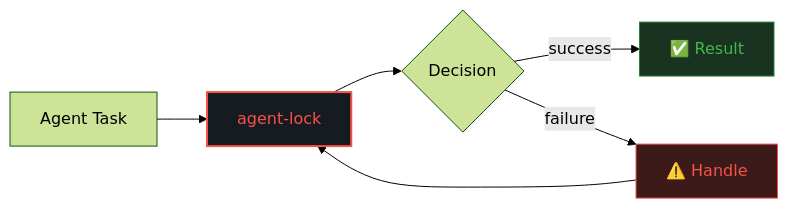
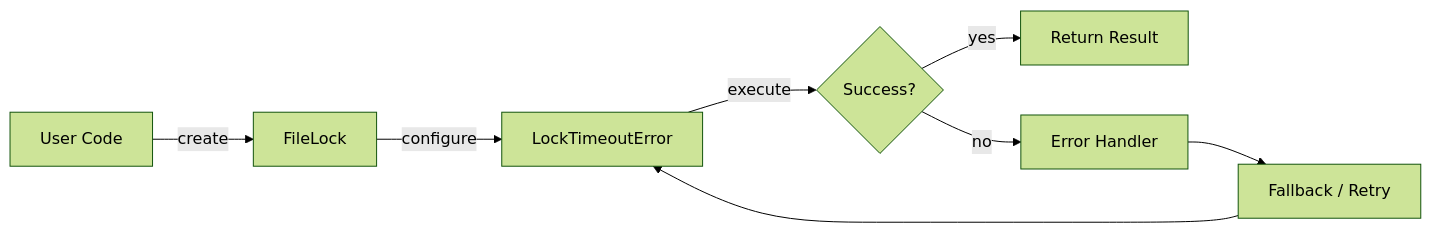
The first of 2 diagrams in README.md (darshjme/agent-lock), drawn with Mermaid (forest theme) before and after one commit. The commit also changed other lines of this file and 1 other file, not shown here.

````diff
--- a/README.md
+++ b/README.md
@@ -59,12 +79,10 @@
 ```mermaid
 flowchart LR
-    A[Agent Task] --> B[agent-lock]
-    B --> C{Decision}
-    C -->|success| D[✅ Result]
-    C -->|failure| E[⚠️ Handle]
-    E --> B
-
-    style B fill:#161b22,stroke:#f85149,stroke-width:2,color:#f85149
-    style D fill:#1a3320,stroke:#238636,color:#3fb950
-    style E fill:#3d1a1a,stroke:#f85149,color:#f85149
+    A[User Code] -->|create| B[FileLock]
+    B -->|configure| C[LockTimeoutError]
+    C -->|execute| D{Success?}
+    D -->|yes| E[Return Result]
+    D -->|no| F[Error Handler]
+    F --> G[Fallback / Retry]
+    G --> C
 ```
````
